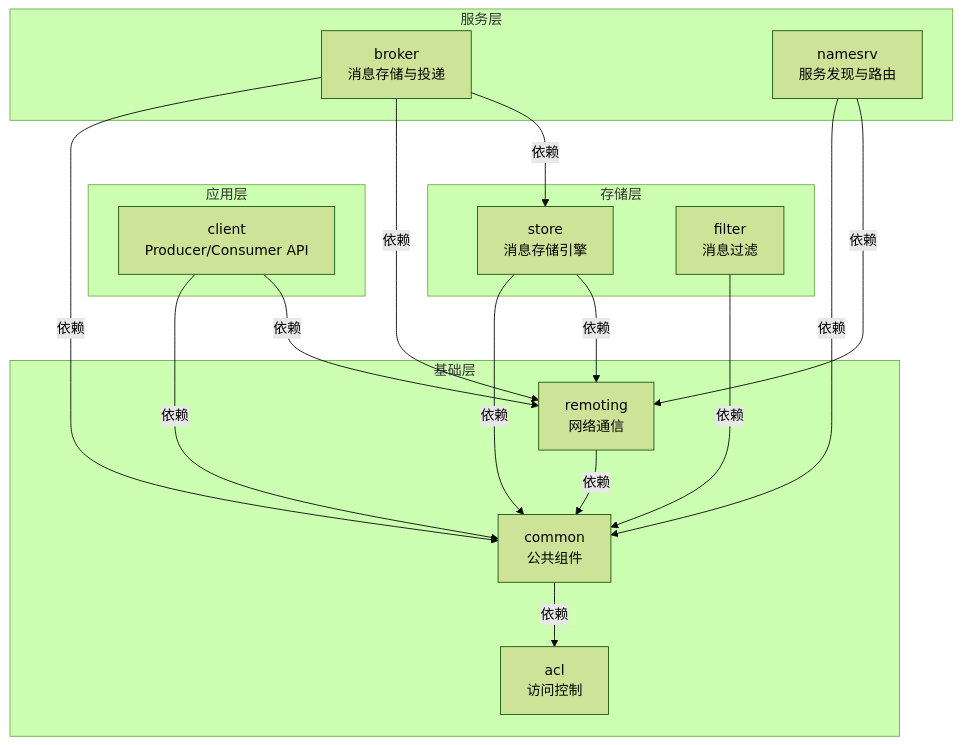
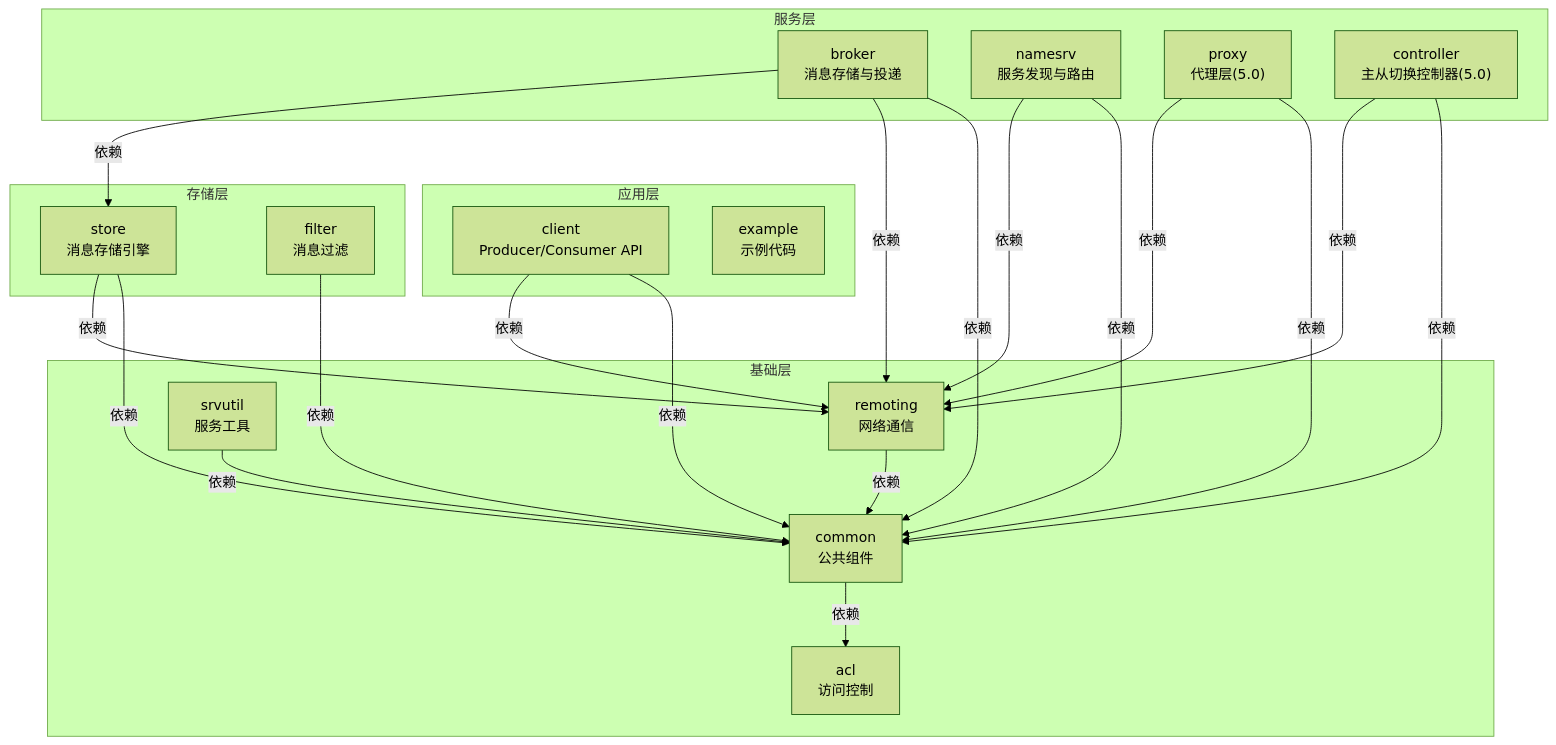
Before and after one commit to wilimm/rocketmq: the third of 3 diagrams in docs/RocketMQ技术架构/01-概述篇.md, drawn with Mermaid (forest theme). The commit also changed other lines of this file and 13 other files, not shown here.

````diff
--- a/docs/RocketMQ技术架构/01-概述篇.md
+++ b/docs/RocketMQ技术架构/01-概述篇.md
@@ -169,35 +179,44 @@
 ```mermaid
 flowchart TB
     subgraph 应用层
         client["client<br/>Producer/Consumer API"]
+        example["example<br/>示例代码"]
     end
 
     subgraph 服务层
         broker["broker<br/>消息存储与投递"]
         namesrv["namesrv<br/>服务发现与路由"]
+        proxy["proxy<br/>代理层(5.0)"]
+        controller["controller<br/>主从切换控制器(5.0)"]
     end
 
     subgraph 存储层
         store["store<br/>消息存储引擎"]
         filter["filter<br/>消息过滤"]
     end
 
     subgraph 基础层
         remoting["remoting<br/>网络通信"]
         common["common<br/>公共组件"]
         acl["acl<br/>访问控制"]
+        srvutil["srvutil<br/>服务工具"]
     end
 
     client -->|依赖| remoting
     client -->|依赖| common
     broker -->|依赖| store
     broker -->|依赖| remoting
     broker -->|依赖| common
     namesrv -->|依赖| remoting
     namesrv -->|依赖| common
+    proxy -->|依赖| remoting
+    proxy -->|依赖| common
+    controller -->|依赖| remoting
+    controller -->|依赖| common
     store -->|依赖| remoting
     store -->|依赖| common
     filter -->|依赖| common
     remoting -->|依赖| common
     common -->|依赖| acl
+    srvutil -->|依赖| common
 ```
````
